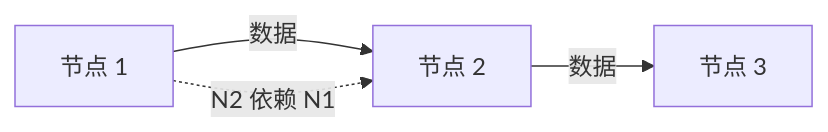
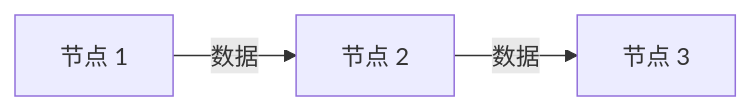
The fifth of 6 diagrams in sql-logic-docs/docs/guide/workflow-design.md (shixia9/MustBeTheSQL), drawn with Mermaid before and after one commit. The commit also changed other lines of this file and 11 other files, not shown here.

````diff
--- a/sql-logic-docs/docs/guide/workflow-design.md
+++ b/sql-logic-docs/docs/guide/workflow-design.md
@@ -81,6 +115,5 @@
 ```mermaid
 flowchart LR
   N1["节点 1"] -- 数据 --> N2["节点 2"]
   N2 -- 数据 --> N3["节点 3"]
-  N1 -.N2 依赖 N1.-> N2
 ```
````
